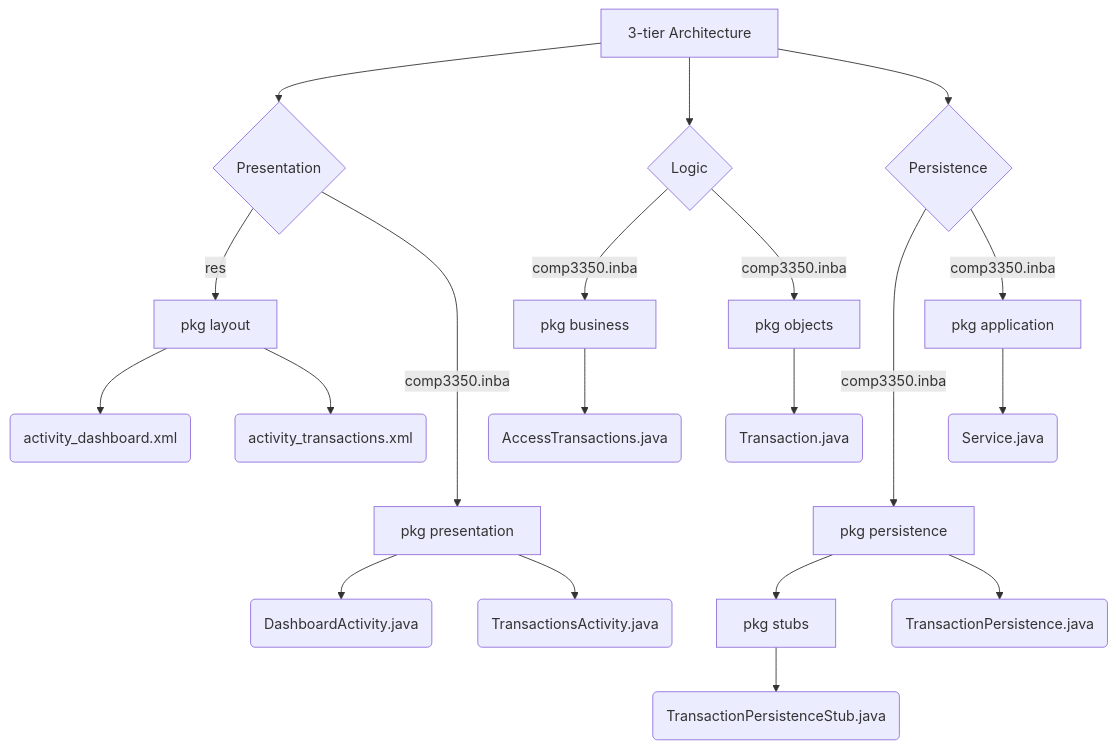
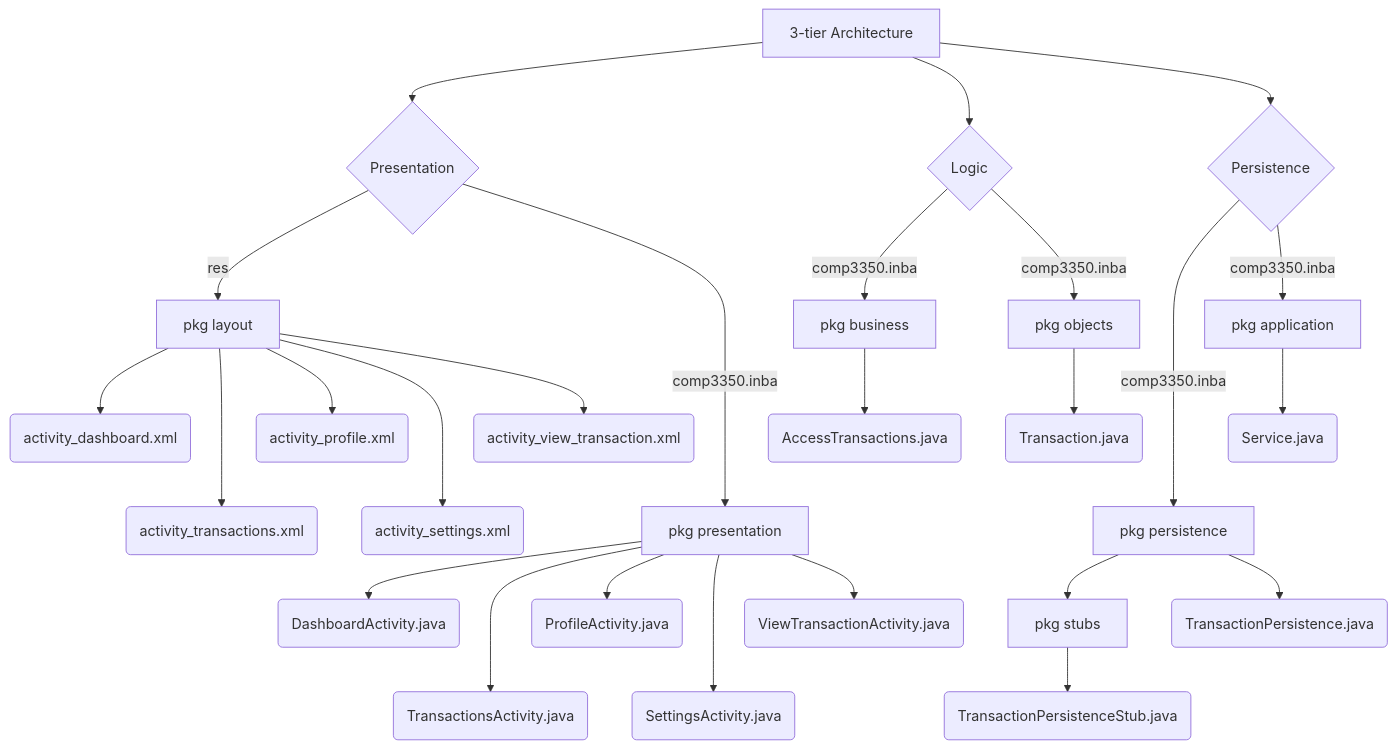
One commit to ElyonNosa/INBA changed the diagram in ARCHITECTURE.md. Above: the diagram before and after it, drawn with Mermaid. The commit also changed 12 other files, not shown here.

````diff
--- a/ARCHITECTURE.md
+++ b/ARCHITECTURE.md
@@ -1,26 +1,32 @@
 ```mermaid
 graph TD
     A[3-tier Architecture]
     A --> PR{Presentation}
     A --> L{Logic}
     A --> PE{Persistence}
 
     PR --> |res| R[pkg layout]
     R --> ACTD(activity_dashboard.xml)
-    R --> ACTT(activity_transactions.xml)
+    R ---> ACTT(activity_transactions.xml)
+    R --> ACTP(activity_profile.xml)
+    R ---> ACTS(activity_settings.xml)
+    R --> ACTVT(activity_view_transaction.xml)
     PR ----> |comp3350.inba| PRES[pkg presentation]
     PRES --> DACT(DashboardActivity.java)
-    PRES --> TACT(TransactionsActivity.java)
+    PRES ---> TACT(TransactionsActivity.java)
+    PRES --> PACT(ProfileActivity.java)
+    PRES ---> SACT(SettingsActivity.java)
+    PRES --> VTACT(ViewTransactionActivity.java)
 
     L --> |comp3350.inba| BUS[pkg business]
     BUS --> AT(AccessTransactions.java)
     L --> |comp3350.inba| OBJ[pkg objects]
     OBJ --> TRANS(Transaction.java)
 
     PE ----> |comp3350.inba| PER[pkg persistence]
     PER --> STUB[pkg stubs]
     STUB --> TPS(TransactionPersistenceStub.java)
     PER --> TP(TransactionPersistence.java)
     PE --> |comp3350.inba| APP[pkg application]
     APP --> SERV(Service.java)
 ```
````
